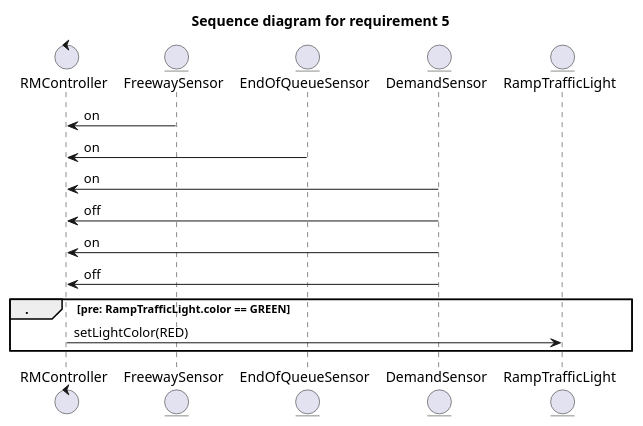
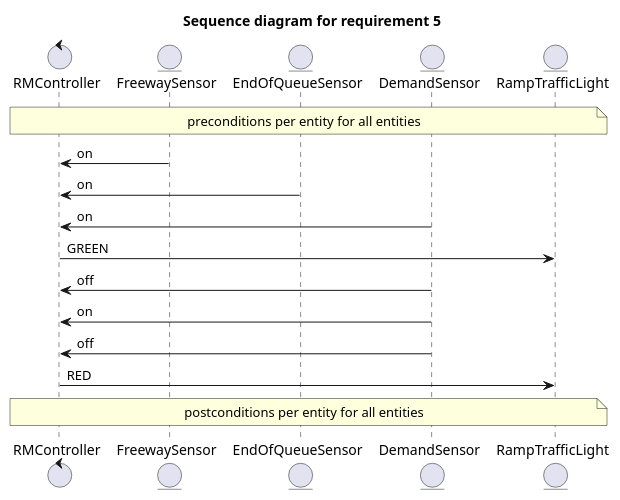
One commit to MaksimKarnaukh/MoSIS changed the diagram in 01_RequirementsChecking/sequence_diagram_req5.puml. Above: the diagram before and after it, drawn with PlantUML. The commit also changed 2 other files, not shown here.

```diff
--- a/01_RequirementsChecking/sequence_diagram_req5.puml
+++ b/01_RequirementsChecking/sequence_diagram_req5.puml
@@ -1,30 +1,38 @@
 @startuml
 
 '5) When the FS is ON and the QS is ON,
 'if DS is turned ON, it indicates intense traffic over the ramp.
 'In this scenario, two cars must cross the TL before it turns RED.
 'Then, set TL to GREEN. After DS is OFF, ON and OFF (two cars),
 'turn TL to RED.
 
 title "Sequence diagram for requirement 5"
 
+note across: preconditions per entity for all entities
+
 control RMController as RMC
-entity FreewaySensor
-entity EndOfQueueSensor
-entity DemandSensor
-entity RampTrafficLight
+entity FreewaySensor as FS
+entity EndOfQueueSensor as QS
+entity DemandSensor as DS
+entity RampTrafficLight as RTL
 
-FreewaySensor -> RMC: on
-EndOfQueueSensor -> RMC: on
-DemandSensor -> RMC: on
-
-DemandSensor -> RMC: off
-DemandSensor -> RMC: on
-DemandSensor -> RMC: off
-
-group . [pre: RampTrafficLight.color == GREEN]
-    RMC -> RampTrafficLight: setLightColor(RED)
-end
+'note over FS : Preconditions:\n\t Turned OFF
+'note over QS : Preconditions:\n\t Turned ON
+'note over DS : Preconditions:\n\t Turned ON
 
 
+FS -> RMC: on
+QS -> RMC: on
+DS -> RMC: on
+
+RMC -> RTL: GREEN
+
+DS -> RMC: off
+DS -> RMC: on
+DS -> RMC: off
+
+RMC -> RTL: RED
+
+note across: postconditions per entity for all entities
+
 @enduml
```
